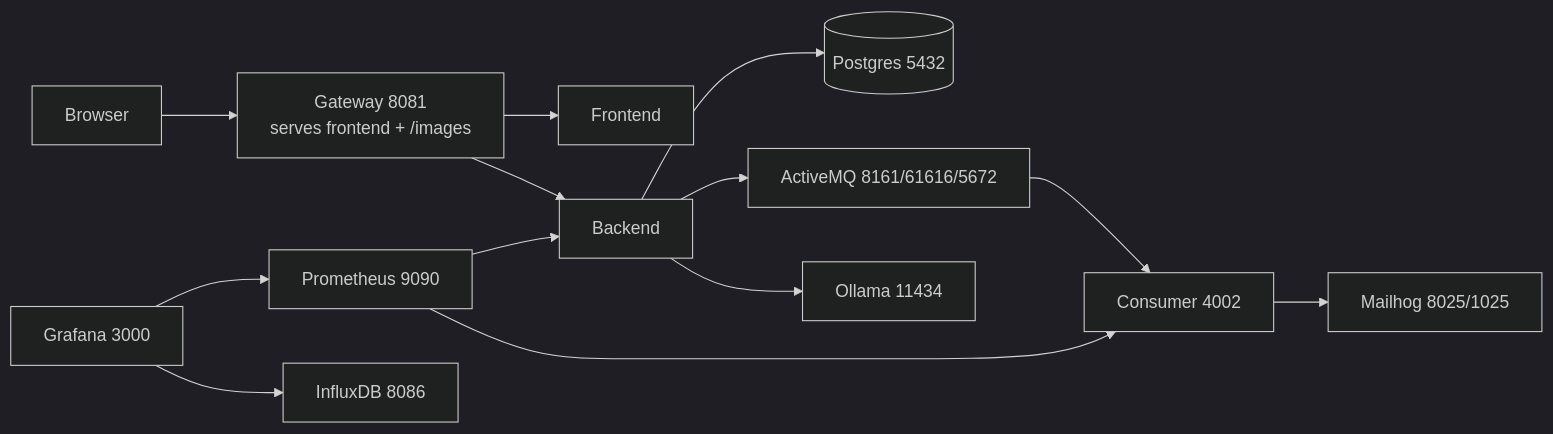
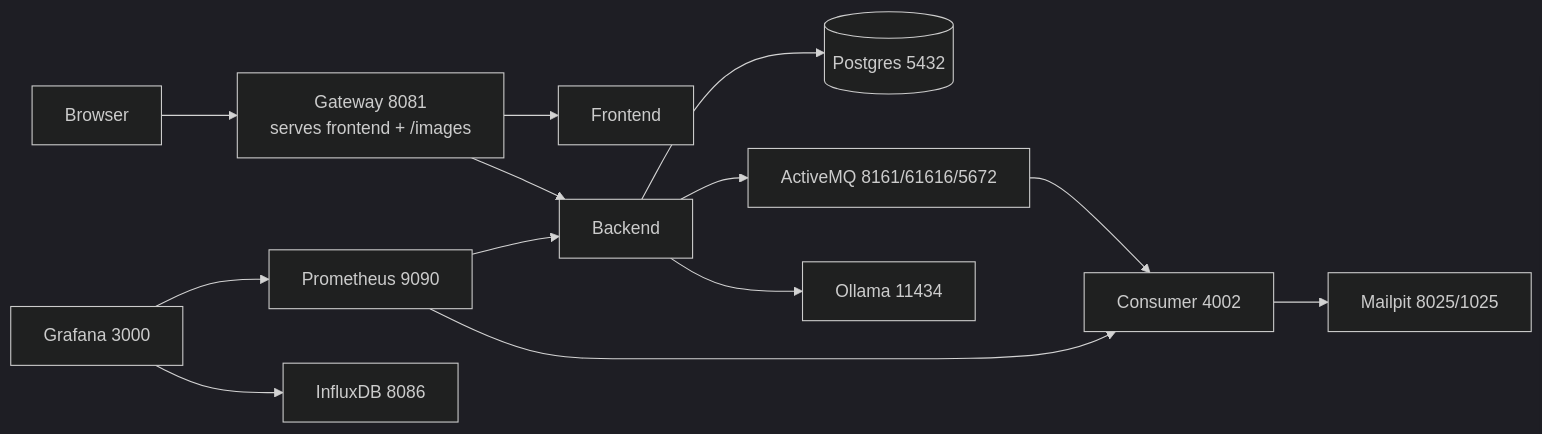
One commit to slawekradzyminski/awesome-localstack changed the second of 3 diagrams in docs/PROFILE_URLS.md. Above: the diagram before and after it, drawn with Mermaid (dark theme). The commit also changed other lines of this file and 10 other files, not shown here.

````diff
--- a/docs/PROFILE_URLS.md
+++ b/docs/PROFILE_URLS.md
@@ -48,15 +48,15 @@
 ```mermaid
 flowchart LR
     U[Browser] --> G[Gateway 8081<br/>serves frontend + /images]
     G --> F[Frontend]
     G --> B[Backend]
     B --> DB[(Postgres 5432)]
     B --> MQ[ActiveMQ 8161/61616/5672]
     MQ --> C[Consumer 4002]
-    C --> M[Mailhog 8025/1025]
+    C --> M[Mailpit 8025/1025]
     B --> O[Ollama 11434]
     P[Prometheus 9090] --> B
     P --> C
     GR[Grafana 3000] --> P
     GR --> I[InfluxDB 8086]
 ```
````
